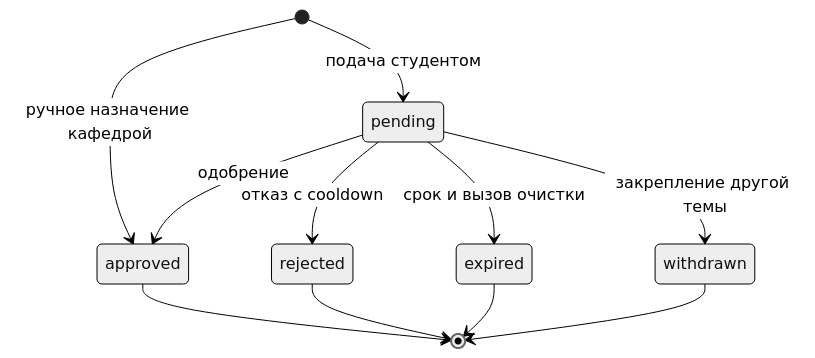
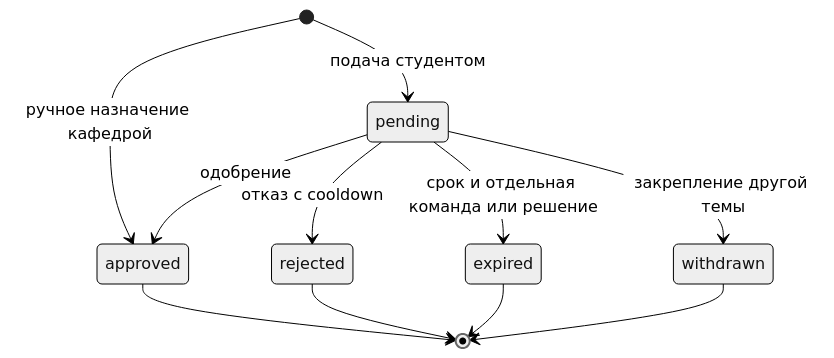
The third of 4 diagrams in docs/workflow.md (Darknesslog/DiplomNavigator), drawn with Mermaid (neutral theme) before and after one commit. The commit also changed other lines of this file and 44 other files, not shown here.

````diff
--- a/docs/workflow.md
+++ b/docs/workflow.md
@@ -57,13 +60,13 @@
 ```mermaid
 stateDiagram-v2
     [*] --> pending: подача студентом
     [*] --> approved: ручное назначение кафедрой
     pending --> approved: одобрение
     pending --> rejected: отказ с cooldown
-    pending --> expired: срок и вызов очистки
+    pending --> expired: срок и отдельная команда или решение
     pending --> withdrawn: закрепление другой темы
     approved --> [*]
     rejected --> [*]
     expired --> [*]
     withdrawn --> [*]
 ```
````
